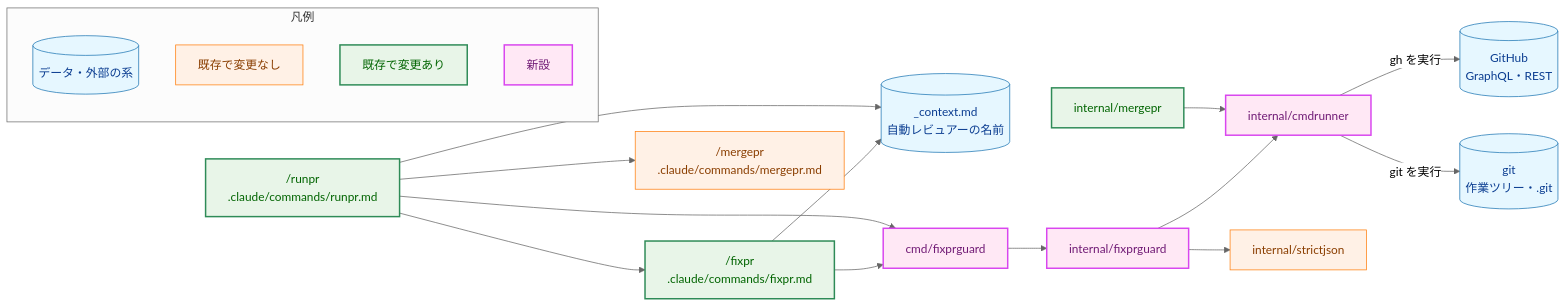
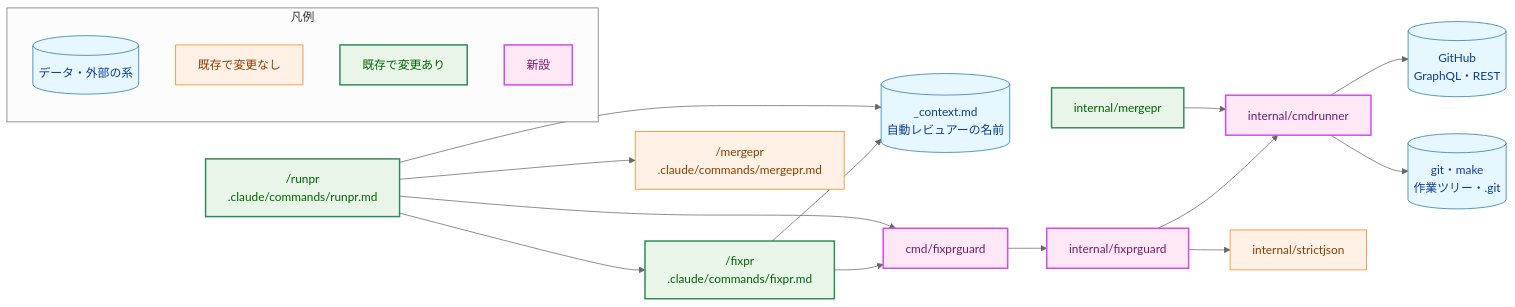
One commit to isseis/yt2column changed the second of 7 diagrams in docs/tasks/0030_fixpr_untrusted_threads/02_architecture.md. Above: the diagram before and after it, drawn with Mermaid (neutral theme). The commit also changed other lines of this file, not shown here.

First line of the commit message:
docs(0030): revise the architecture after panel review and prose pass

````diff
--- a/docs/tasks/0030_fixpr_untrusted_threads/02_architecture.md
+++ b/docs/tasks/0030_fixpr_untrusted_threads/02_architecture.md
@@ -126,49 +142,48 @@
 ```mermaid
 flowchart LR
     classDef data fill:#e6f7ff,stroke:#1f77b4,stroke-width:1px,color:#0b3d91;
     classDef process fill:#fff1e6,stroke:#ff7f0e,stroke-width:1px,color:#8a3e00;
     classDef enhanced fill:#e8f5e8,stroke:#2e8b57,stroke-width:2px,color:#006400;
     classDef newpkg fill:#ffe8f5,stroke:#d946ef,stroke-width:2px,color:#701a75;
 
     FIX["/fixpr<br>.claude/commands/fixpr.md"]
     RUN["/runpr<br>.claude/commands/runpr.md"]
     MRG["/mergepr<br>.claude/commands/mergepr.md"]
     CTX[("_context.md<br>自動レビュアーの名前")]
     CMD["cmd/fixprguard"]
     LIB["internal/fixprguard"]
     CR["internal/cmdrunner"]
     SJ["internal/strictjson"]
     MP["internal/mergepr"]
     GH[("GitHub<br>GraphQL・REST")]
-    GIT[("git<br>作業ツリー・.git")]
+    GIT[("git・make<br>作業ツリー・.git")]
 
     FIX --> CMD
     RUN --> CMD
     FIX --> CTX
     RUN --> CTX
     RUN --> FIX
     RUN --> MRG
     CMD --> LIB
     LIB --> CR
     LIB --> SJ
     MP --> CR
-    CR -->|"gh を実行"| GH
-    CR -->|"git を実行"| GIT
+    CR --> GH
+    CR --> GIT
 
     class FIX,RUN,MP enhanced
     class MRG,SJ process
-    class CTX data
-    class GH,GIT data
+    class CTX,GH,GIT data
     class CMD,LIB,CR newpkg
 
     subgraph Legend["凡例"]
         LG1[("データ・外部の系")]
         LG2["既存で変更なし"]
         LG3["既存で変更あり"]
         LG4["新設"]
     end
     class LG1 data
     class LG2 process
     class LG3 enhanced
     class LG4 newpkg
 ```
````
